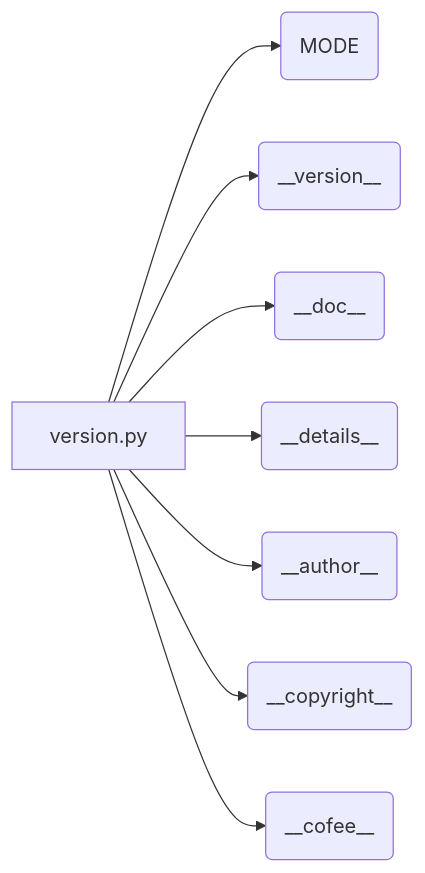
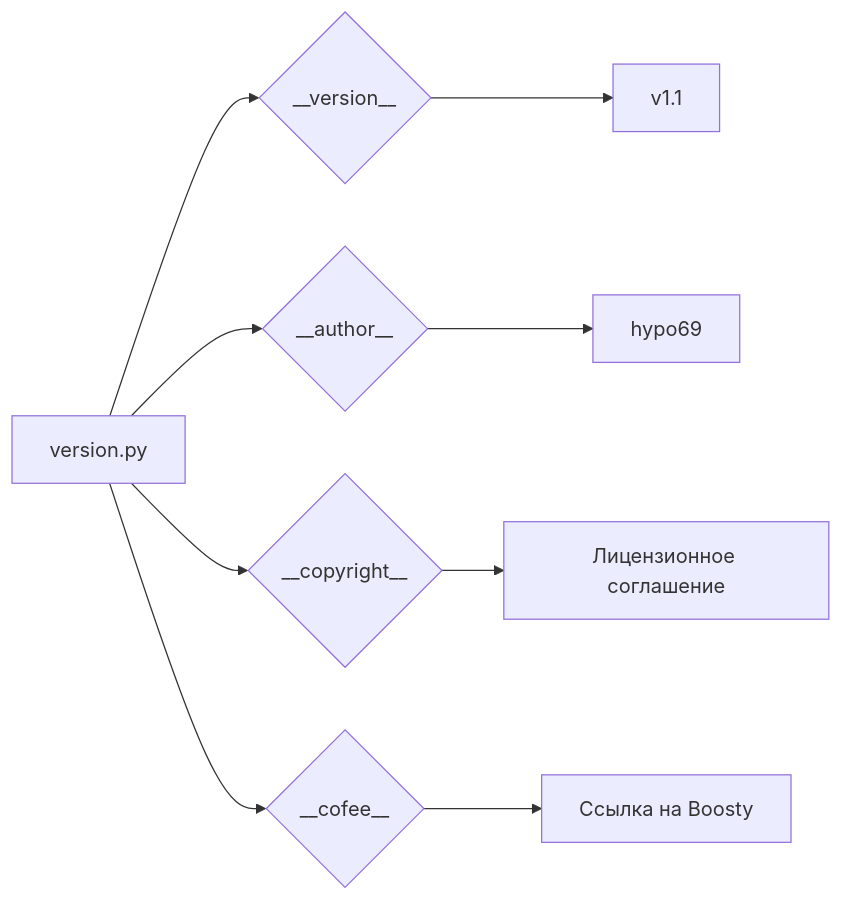
The diagram in docs/gemini/ru/explainer/src/gui/openai_trаigner/version.md (hypo69/hypo), drawn with Mermaid before and after one commit. The commit also changed other lines of this file and 468 other files, not shown here.

````diff
--- a/docs/gemini/ru/explainer/src/gui/openai_trаigner/version.md
+++ b/docs/gemini/ru/explainer/src/gui/openai_trаigner/version.md
@@ -66,10 +63,11 @@
 ```mermaid
 graph LR
-    A[version.py] --> B(MODE);
-    A --> C(__version__);
-    A --> D(__doc__);
-    A --> E(__details__);
-    A --> F(__author__);
-    A --> G(__copyright__);
-    A --> H(__cofee__);
+    A[version.py] --> B{__version__};
+    B --> C[v1.1];
+    A --> D{__author__};
+    D --> E[hypo69];
+    A --> F{__copyright__};
+    F --> G[Лицензионное соглашение];
+    A --> H{__cofee__};
+    H --> I[Ссылка на Boosty];
 ```
````
